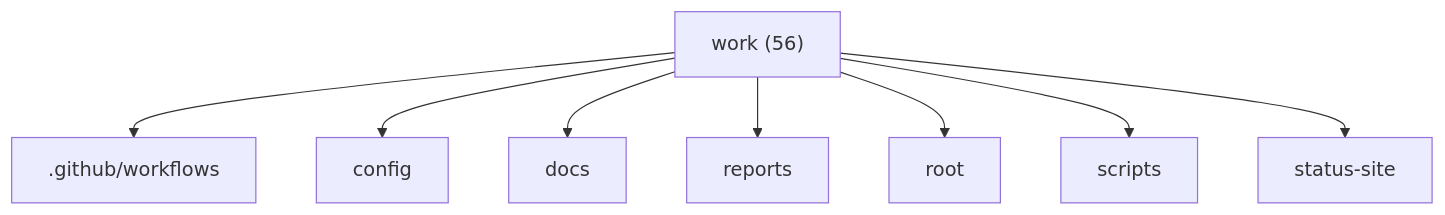
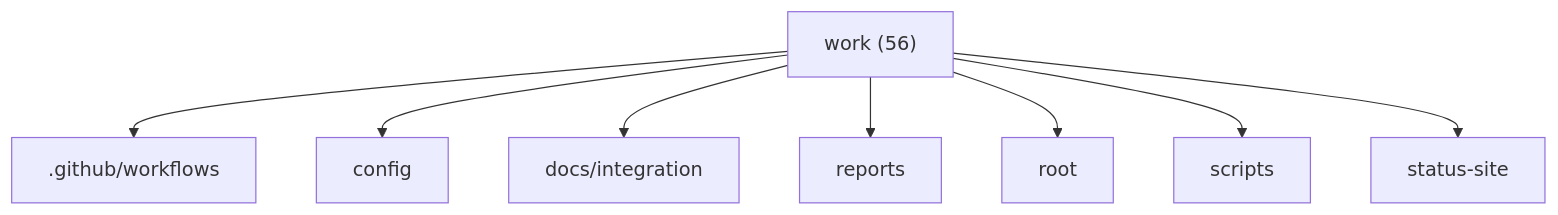
One commit to M0nado/helios-platform changed the first of 3 diagrams in reports/branch-intelligence/graphs.md. Above: the diagram before and after it, drawn with Mermaid. The commit also changed other lines of this file and 43 other files, not shown here.

````diff
--- a/reports/branch-intelligence/graphs.md
+++ b/reports/branch-intelligence/graphs.md
@@ -5,11 +5,11 @@
 ```mermaid
 graph TD
   work["work (56)"]
   work --> _github_workflows[".github/workflows"]
   work --> config["config"]
-  work --> docs["docs"]
+  work --> docs_integration["docs/integration"]
   work --> reports["reports"]
   work --> root["root"]
   work --> scripts["scripts"]
   work --> status_site["status-site"]
 ```
````
